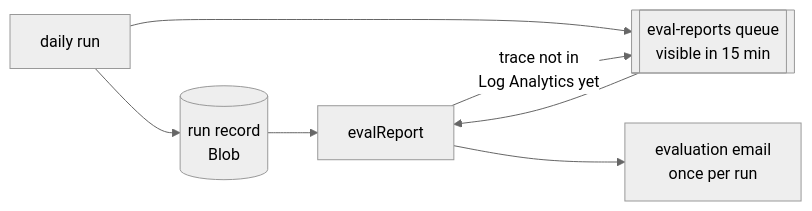
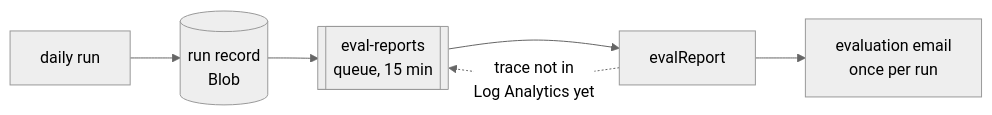
The second of 2 diagrams in README.md (PCBZ/job-scan), drawn with Mermaid (neutral theme) before and after one commit.

Commit message:
docs(readme): the evaluation diagram as one line with its retry loop

````diff
--- a/README.md
+++ b/README.md
@@ -62,8 +62,5 @@
 ```mermaid
 flowchart LR
-  run[daily run] --> record[(run record<br/>Blob)] & queue[[eval-reports queue<br/>visible in 15 min]]
-  queue --> eval[evalReport]
-  eval -- "trace not in<br/>Log Analytics yet" --> queue
-  record --> eval
-  eval --> email[evaluation email<br/>once per run]
+  run[daily run] --> record[(run record<br/>Blob)] --> queue[[eval-reports<br/>queue, 15 min]] --> eval[evalReport] --> email[evaluation email<br/>once per run]
+  eval -. "trace not in<br/>Log Analytics yet" .-> queue
 ```
````
